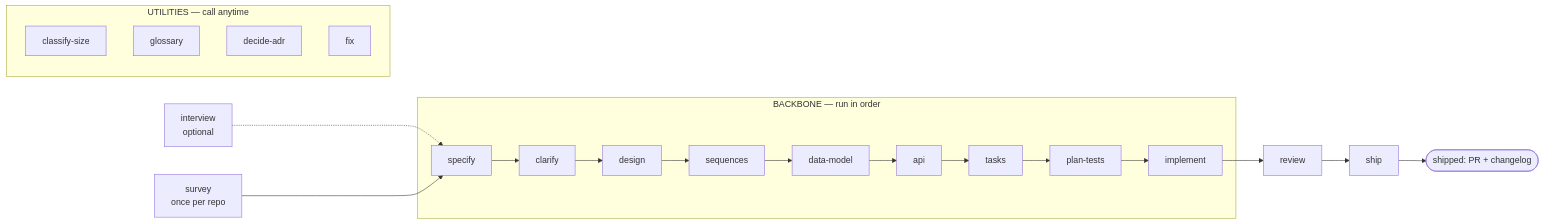
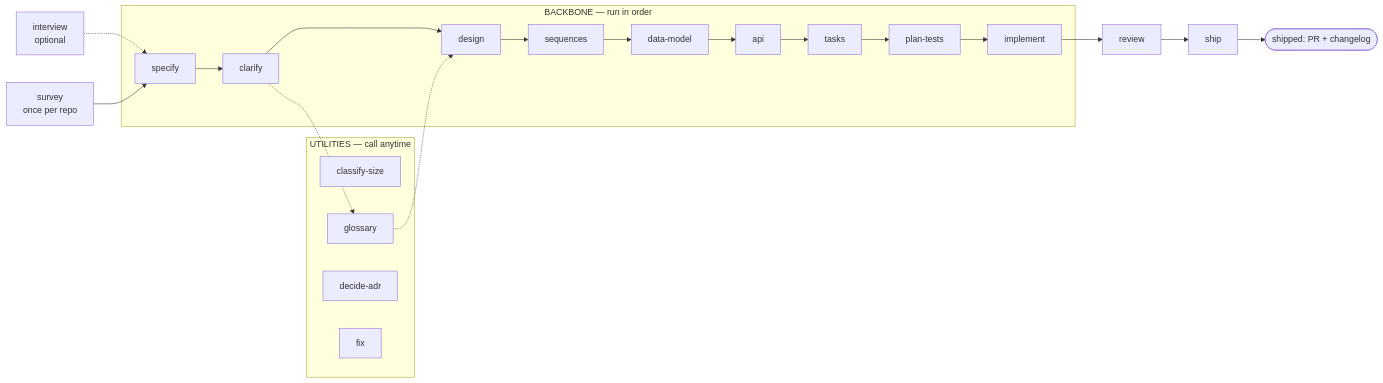
One commit to rdobryanskyy/sdd changed the diagram in README.md. Above: the diagram before and after it, drawn with Mermaid. The commit also changed other lines of this file and 14 other files, not shown here.

````diff
--- a/README.md
+++ b/README.md
@@ -121,16 +121,17 @@
 ```mermaid
 flowchart LR
     IV[interview<br/>optional] -.-> S
     SV[survey<br/>once per repo] --> S
     subgraph backbone["BACKBONE — run in order"]
         S[specify] --> CL[clarify] --> D[design] --> SQ[sequences] --> DM[data-model] --> API[api] --> T[tasks] --> PT[plan-tests] --> IM[implement]
     end
     IM --> RV[review] --> SH[ship]
     subgraph util["UTILITIES — call anytime"]
         CS[classify-size]
         GL[glossary]
         ADR[decide-adr]
         FX[fix]
     end
+    CL -.-> GL -.-> D
     SH --> done([shipped: PR + changelog])
 ```
````
